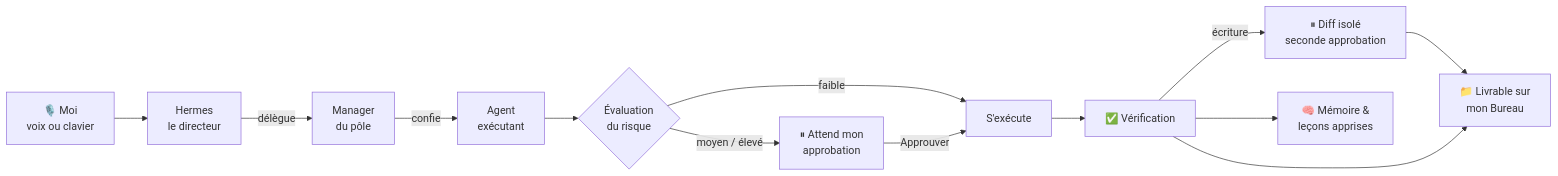
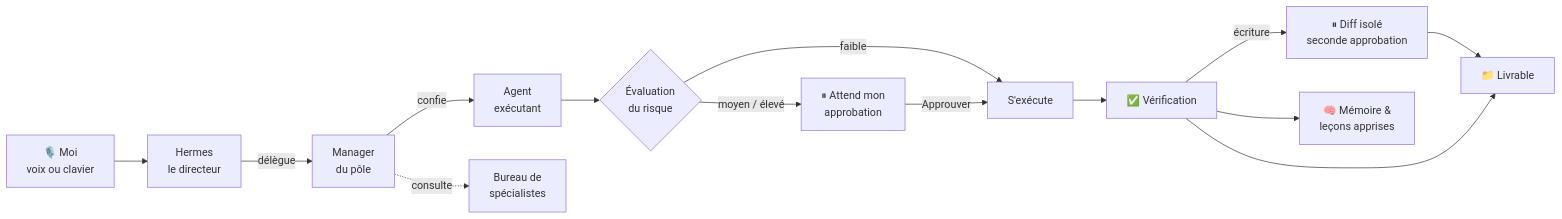
One commit to Dow08/OS-Agentique_showcase changed the first of 3 diagrams in README.fr.md. Above: the diagram before and after it, drawn with Mermaid. The commit also changed other lines of this file and 50 other files, not shown here.

````diff
--- a/README.fr.md
+++ b/README.fr.md
@@ -55,15 +57,16 @@
 ```mermaid
 flowchart LR
     A["🎙️ Moi<br/>voix ou clavier"] --> B["Hermes<br/>le directeur"]
     B -->|délègue| C["Manager<br/>du pôle"]
     C -->|confie| D["Agent<br/>exécutant"]
+    C -.->|consulte| S["Bureau de<br/>spécialistes"]
     D --> E{"Évaluation<br/>du risque"}
     E -->|faible| F["S'exécute"]
     E -->|moyen / élevé| G["⏸ Attend mon<br/>approbation"]
     G -->|Approuver| F
     F --> H["✅ Vérification"]
     H -->|écriture| H2["⏸ Diff isolé<br/>seconde approbation"]
     H2 --> I
-    H --> I["📁 Livrable sur<br/>mon Bureau"]
+    H --> I["📁 Livrable"]
     H --> J["🧠 Mémoire &<br/>leçons apprises"]
 ```
````
